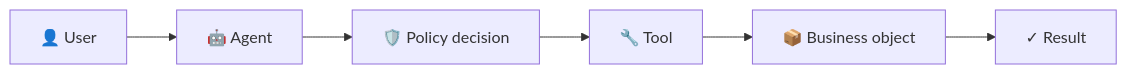
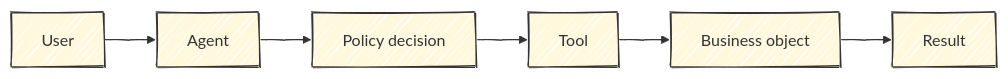
Before and after one commit to nikolajflojgaard/website: the third of 3 diagrams in src/content/blog/2026/2026-09-25-stop-giving-ai-agents-service-accounts.mdx, drawn with Mermaid. The commit also changed other lines of this file, not shown here.

Commit message:
Fix Mermaid diagrams using established site syntax

````diff
--- a/src/content/blog/2026/2026-09-25-stop-giving-ai-agents-service-accounts.mdx
+++ b/src/content/blog/2026/2026-09-25-stop-giving-ai-agents-service-accounts.mdx
@@ -243,8 +248,12 @@
 ```mermaid
+%%{init: {"look": "handDrawn", "theme": "base", "themeVariables": {"fontFamily": "Comic Sans MS, Virgil, Arial", "primaryColor": "#fff8dc", "primaryBorderColor": "#333", "lineColor": "#333"}}}%%
 flowchart LR
-    U["👤 User"] --> A["🤖 Agent"]
-    A --> P["🛡️ Policy decision"]
-    P --> T["🔧 Tool"]
-    T --> B["📦 Business object"]
-    B --> R["✓ Result"]
+  user["User"]
+  agent["Agent"]
+  policy["Policy decision"]
+  tool["Tool"]
+  object["Business object"]
+  result["Result"]
+
+  user --> agent --> policy --> tool --> object --> result
 ```
````
